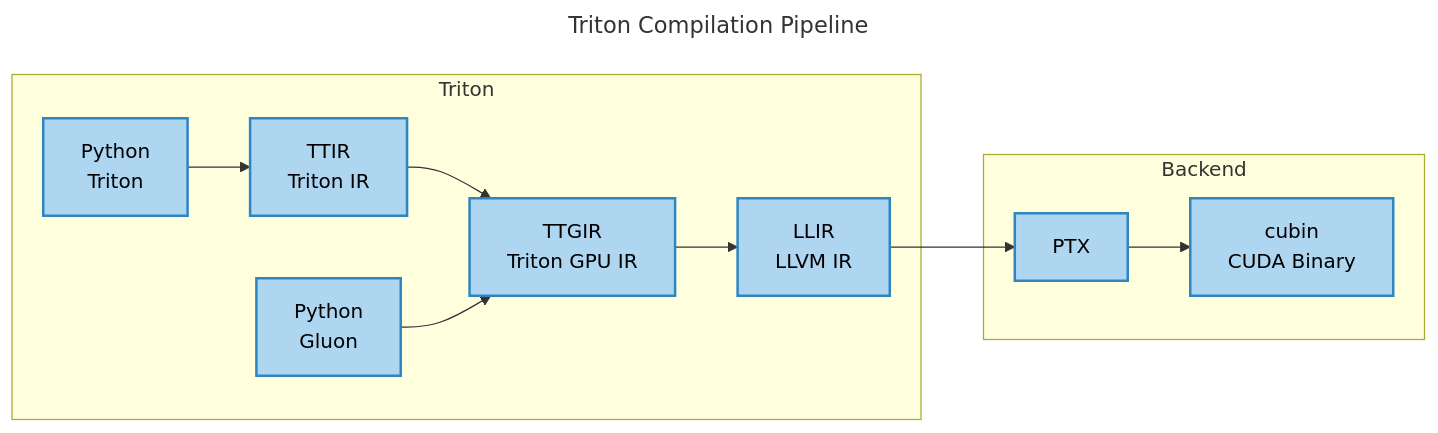
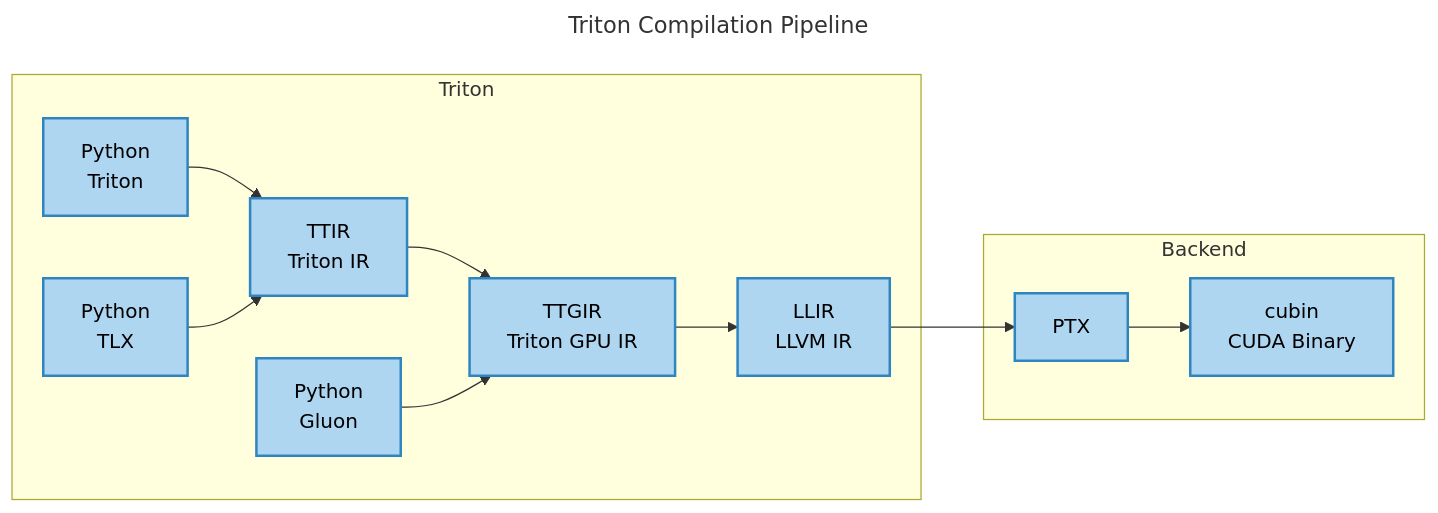
One commit to toyaix/triton-runner changed the first of 2 diagrams in README.md. Above: the diagram before and after it, drawn with Mermaid. The commit also changed other lines of this file and 24 other files, not shown here.

````diff
--- a/README.md
+++ b/README.md
@@ -55,22 +55,23 @@
 ```mermaid
 ---
 title: Triton Compilation Pipeline
 ---
 flowchart LR
 
     subgraph Triton
         A["Python<br>Triton"]:::supported --> B["TTIR<br>Triton IR"]:::supported
         B --> C["TTGIR<br>Triton GPU IR"]:::supported
         C --> D["LLIR<br>LLVM IR"]:::supported
 
         Gluon["Python<br>Gluon"]:::supported --> C
+        TLX["Python<br>TLX"]:::supported --> B
     end
 
     subgraph Backend
         D --> E["PTX"]:::supported
         E --> F["cubin<br>CUDA Binary"]:::supported
     end
 
     classDef supported fill:#AED6F1,stroke:#2E86C1,stroke-width:2px,color:#000000;
     classDef unsupported fill:#F5B7B1,stroke:#C0392B,stroke-width:2px,color:#000000;
 ```
````
